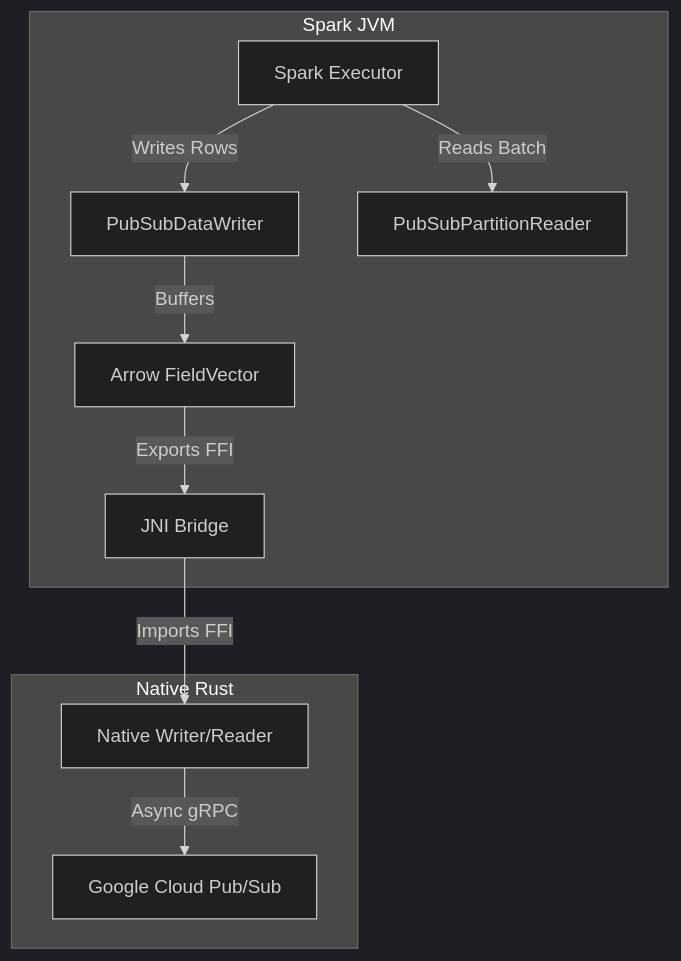
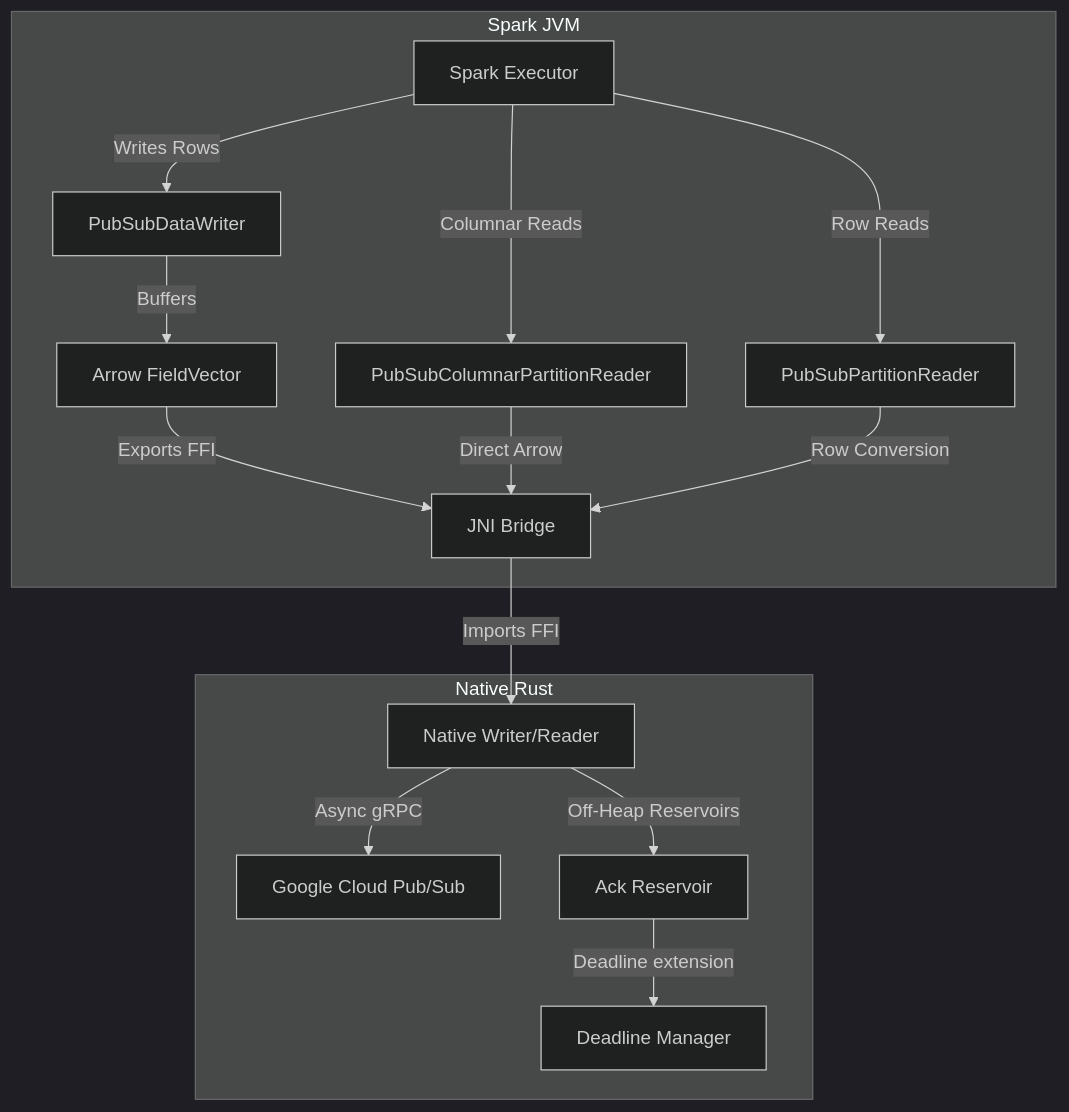
The diagram in ARCHITECTURE.md (PraveenAkunuru/spark_pubsub_connector), drawn with Mermaid (dark theme) before and after one commit. The commit also changed other lines of this file and 17 other files, not shown here.

````diff
--- a/ARCHITECTURE.md
+++ b/ARCHITECTURE.md
@@ -26,14 +26,19 @@
 ```mermaid
 graph TD
     subgraph Spark JVM
     Spark[Spark Executor] -->|Writes Rows| DataWriter[PubSubDataWriter]
     DataWriter -->|Buffers| ArrowVec[Arrow FieldVector]
     ArrowVec -->|Exports FFI| JNI[JNI Bridge]
-    Spark -->|Reads Batch| PartitionReader[PubSubPartitionReader]
+    Spark -->|Columnar Reads| ColumnarReader[PubSubColumnarPartitionReader]
+    Spark -->|Row Reads| RowReader[PubSubPartitionReader]
+    ColumnarReader -->|Direct Arrow| JNI
+    RowReader -->|Row Conversion| JNI
     end
 
     subgraph Native Rust
     JNI -->|Imports FFI| NativeLib[Native Writer/Reader]
     NativeLib -->|Async gRPC| PubSubClient[Google Cloud Pub/Sub]
+    NativeLib -->|Off-Heap Reservoirs| AckReservoir[Ack Reservoir]
+    AckReservoir -->|Deadline extension| DeadlineMgr[Deadline Manager]
     end
 ```
````
